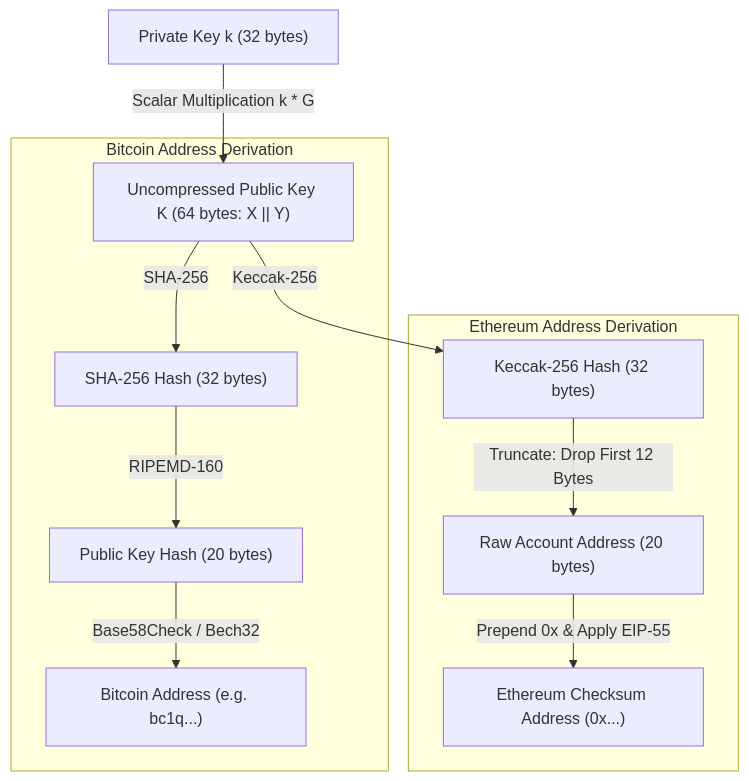
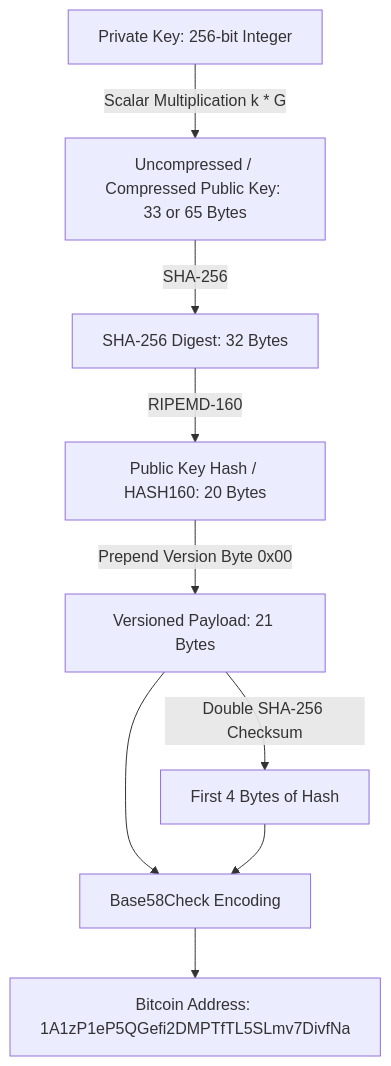
One commit to ub-society/modules changed the sixth of 7 diagrams in docs/learn/fundamentals/01-distributed-trust/03-asymmetric-cryptography-and-digital-signatures.md. Above: the diagram before and after it, drawn with Mermaid. The commit also changed other lines of this file and 3 other files, not shown here.

````diff
--- a/docs/learn/fundamentals/01-distributed-trust/03-asymmetric-cryptography-and-digital-signatures.md
+++ b/docs/learn/fundamentals/01-distributed-trust/03-asymmetric-cryptography-and-digital-signatures.md
@@ -148,16 +276,10 @@
 ```mermaid
 flowchart TD
-    Priv["Private Key k (32 bytes)"] -->|Scalar Multiplication k * G| Pub["Uncompressed Public Key K (64 bytes: X || Y)"]
-
-    subgraph Bitcoin Address Derivation
-        Pub -->|SHA-256| B1["SHA-256 Hash (32 bytes)"]
-        B1 -->|RIPEMD-160| B2["Public Key Hash (20 bytes)"]
-        B2 -->|Base58Check / Bech32| B3["Bitcoin Address (e.g. bc1q...)"]
-    end
-
-    subgraph Ethereum Address Derivation
-        Pub -->|Keccak-256| E1["Keccak-256 Hash (32 bytes)"]
-        E1 -->|Truncate: Drop First 12 Bytes| E2["Raw Account Address (20 bytes)"]
-        E2 -->|Prepend 0x & Apply EIP-55| E3["Ethereum Checksum Address (0x...)"]
-    end
+    Priv[Private Key: 256-bit Integer] -->|Scalar Multiplication k * G| Pub[Uncompressed / Compressed Public Key: 33 or 65 Bytes]
+    Pub -->|SHA-256| H1[SHA-256 Digest: 32 Bytes]
+    H1 -->|RIPEMD-160| H2[Public Key Hash / HASH160: 20 Bytes]
+    H2 -->|Prepend Version Byte 0x00| V1[Versioned Payload: 21 Bytes]
+    V1 -->|Double SHA-256 Checksum| Check[First 4 Bytes of Hash]
+    V1 & Check --> Base58[Base58Check Encoding]
+    Base58 --> Addr["Bitcoin Address: 1A1zP1eP5QGefi2DMPTfTL5SLmv7DivfNa"]
 ```
````
